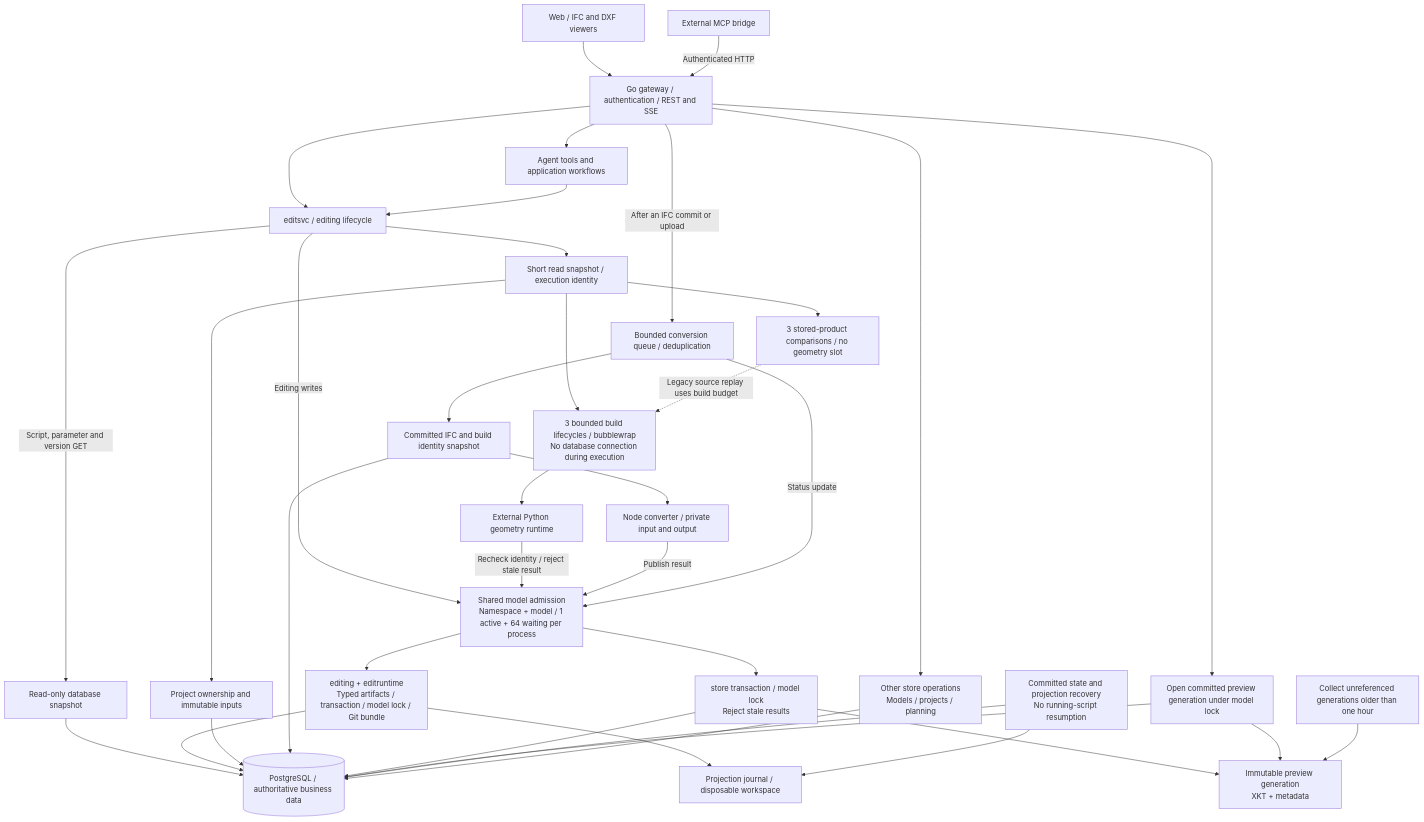
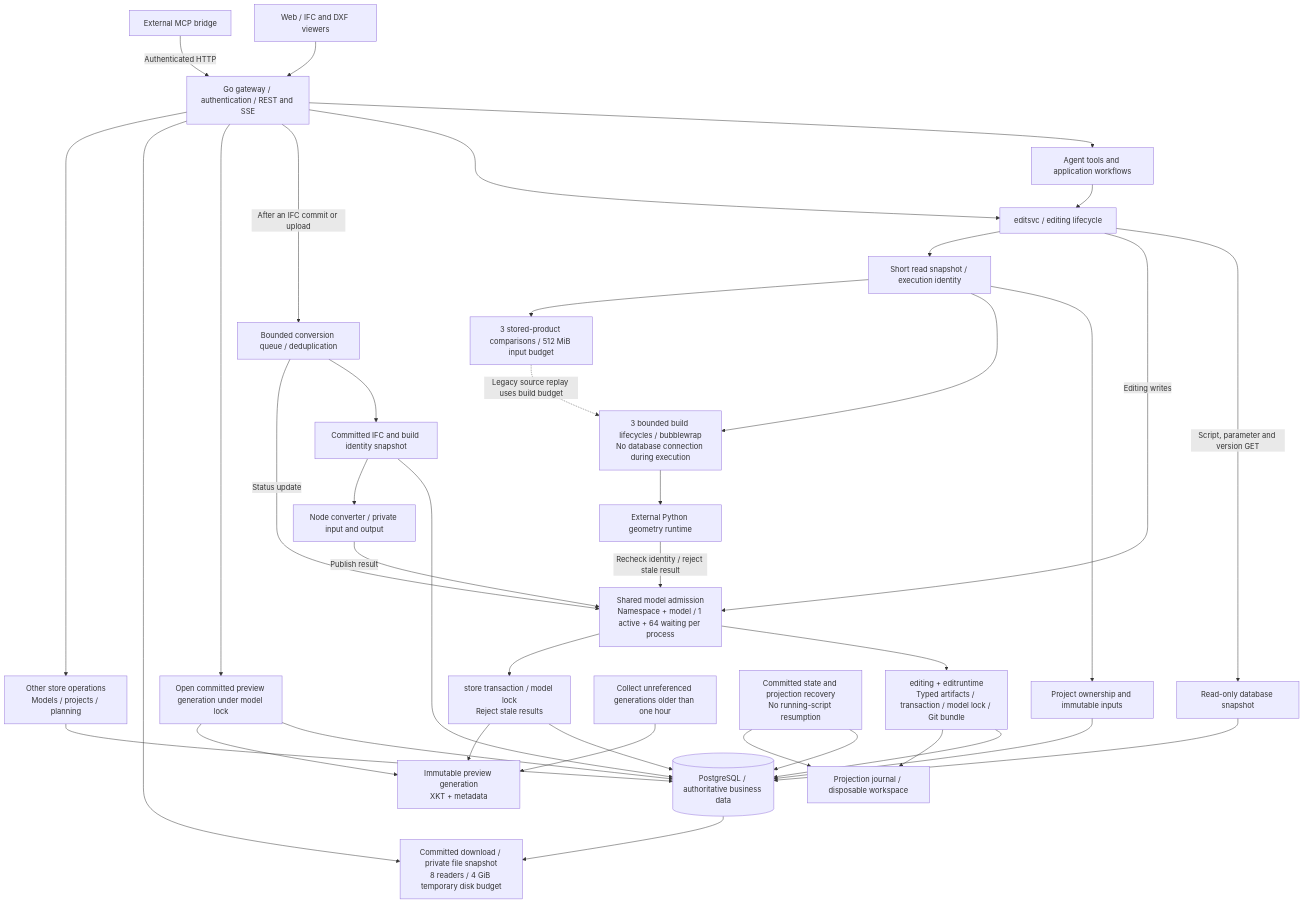
Before and after one commit to 0702hjj/SourceAEC: the first of 2 diagrams in README.md, drawn with Mermaid. The commit also changed 18 other files, not shown here.

Commit message:
Bound committed downloads and product comparison inputs

````diff
--- a/README.md
+++ b/README.md
@@ -28,39 +28,41 @@
 ```mermaid
 flowchart TB
     WEB[Web / IFC and DXF viewers] --> API[Go gateway / authentication / REST and SSE]
     MCP[External MCP bridge] -->|Authenticated HTTP| API
     API --> AGENT[Agent tools and application workflows]
     API --> EDIT[editsvc / editing lifecycle]
     AGENT --> EDIT
     EDIT -->|Script, parameter and version GET| READ[Read-only database snapshot]
     READ --> PG[(PostgreSQL / authoritative business data)]
     EDIT -->|Editing writes| GATE[Shared model admission<br/>Namespace + model / 1 active + 64 waiting per process]
     GATE --> WRITE[editing + editruntime<br/>Typed artifacts / transaction / model lock / Git bundle]
     WRITE --> PG
     EDIT --> PREP[Short read snapshot / execution identity]
     PREP --> INPUT[Project ownership and immutable inputs]
     INPUT --> PG
     PREP --> SANDBOX[3 bounded build lifecycles / bubblewrap<br/>No database connection during execution]
-    PREP --> COMPARE[3 stored-product comparisons / no geometry slot]
+    PREP --> COMPARE[3 stored-product comparisons / 512 MiB input budget]
     COMPARE -.->|Legacy source replay uses build budget| SANDBOX
     SANDBOX --> PY[External Python geometry runtime]
     PY -->|Recheck identity / reject stale result| GATE
     WRITE --> JOURNAL[Projection journal / disposable workspace]
     API -->|After an IFC commit or upload| QUEUE[Bounded conversion queue / deduplication]
     QUEUE --> SOURCE[Committed IFC and build identity snapshot]
     SOURCE --> PG
     SOURCE --> NODE[Node converter / private input and output]
     NODE -->|Publish result| GATE
     QUEUE -->|Status update| GATE
     GATE --> DERIVED[store transaction / model lock<br/>Reject stale results]
     DERIVED --> PG
     DERIVED --> CACHE[Immutable preview generation<br/>XKT + metadata]
     API --> VIEW[Open committed preview generation under model lock]
     VIEW --> PG
     VIEW --> CACHE
+    API --> DOWNLOAD[Committed download / private file snapshot<br/>8 readers / 4 GiB temporary disk budget]
+    PG --> DOWNLOAD
     GC[Collect unreferenced generations older than one hour] --> CACHE
     RECOVER[Committed state and projection recovery<br/>No running-script resumption] --> PG
     RECOVER --> JOURNAL
     API --> OTHER[Other store operations<br/>Models / projects / planning]
     OTHER --> PG
 ```
````
